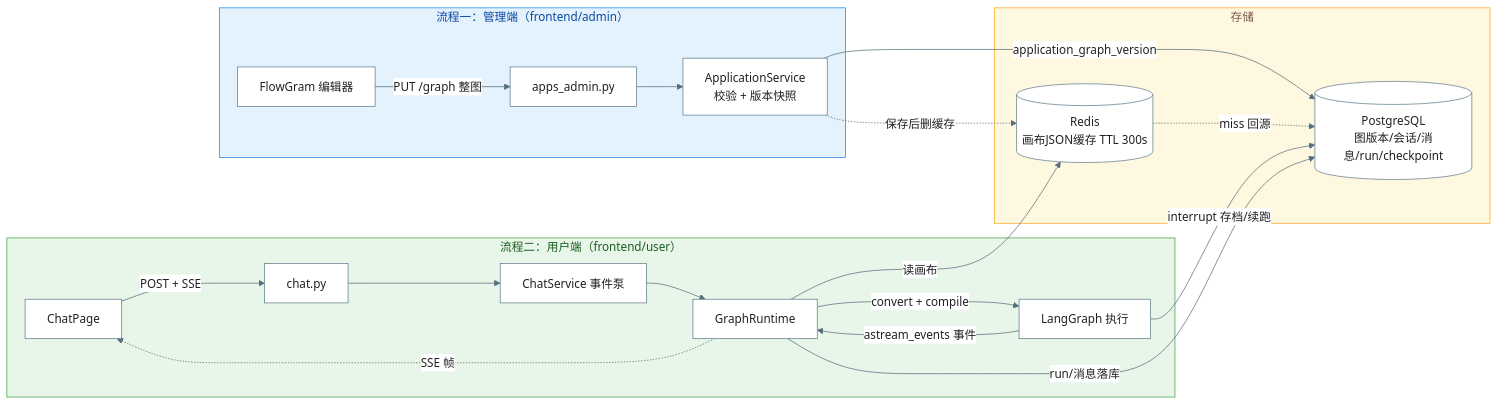
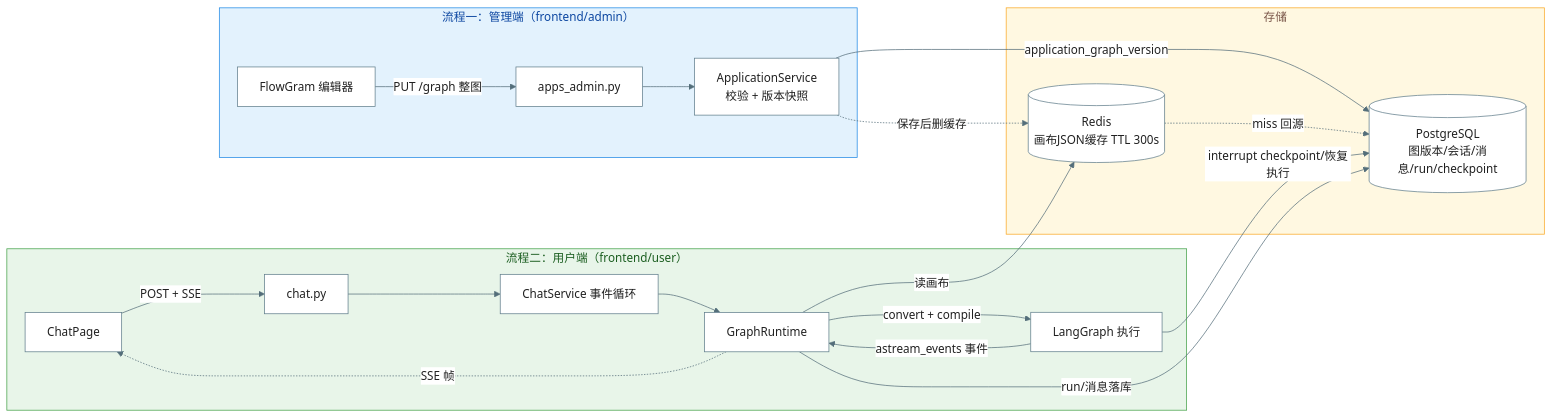
Before and after one commit to miragesky2049/boxia-agent: the first of 5 diagrams in docs/canvas-save-run-sequence.md, drawn with Mermaid. The commit also changed other lines of this file and 136 other files, not shown here.

````diff
--- a/docs/canvas-save-run-sequence.md
+++ b/docs/canvas-save-run-sequence.md
@@ -23,28 +23,28 @@
 ```mermaid
 %%{init: {'theme':'base','themeVariables':{'background':'#ffffff','primaryColor':'#ffffff','primaryTextColor':'#212121','primaryBorderColor':'#607d8b','lineColor':'#546e7a','edgeLabelBackground':'#ffffff','fontFamily':'sans-serif'}}}%%
 flowchart LR
     subgraph 管理端["流程一：管理端（frontend/admin）"]
         ED[FlowGram 编辑器] -->|PUT /graph 整图| API1[apps_admin.py]
         API1 --> SVC1[ApplicationService<br/>校验 + 版本快照]
     end
     subgraph 存储
         PG[(PostgreSQL<br/>图版本/会话/消息/run/checkpoint)]
         RD[(Redis<br/>画布JSON缓存 TTL 300s)]
     end
     SVC1 -->|application_graph_version| PG
     SVC1 -.->|保存后删缓存| RD
     subgraph 用户端["流程二：用户端（frontend/user）"]
         U[ChatPage] -->|POST + SSE| API2[chat.py]
-        API2 --> CS[ChatService 事件泵]
+        API2 --> CS[ChatService 事件循环]
         CS --> RT[GraphRuntime]
         RT -->|convert + compile| LG[LangGraph 执行]
     end
     RD -.->|miss 回源| PG
     RT -->|读画布| RD
-    LG -->|interrupt 存档/续跑| PG
+    LG -->|interrupt checkpoint/恢复执行| PG
     RT -->|run/消息落库| PG
     LG -->|astream_events 事件| RT -.->|SSE 帧| U
     style 管理端 fill:#e3f2fd,stroke:#1e88e5,color:#0d47a1
     style 用户端 fill:#e8f5e9,stroke:#43a047,color:#1b5e20
     style 存储 fill:#fff8e1,stroke:#f9a825,color:#795548
 ```
````
